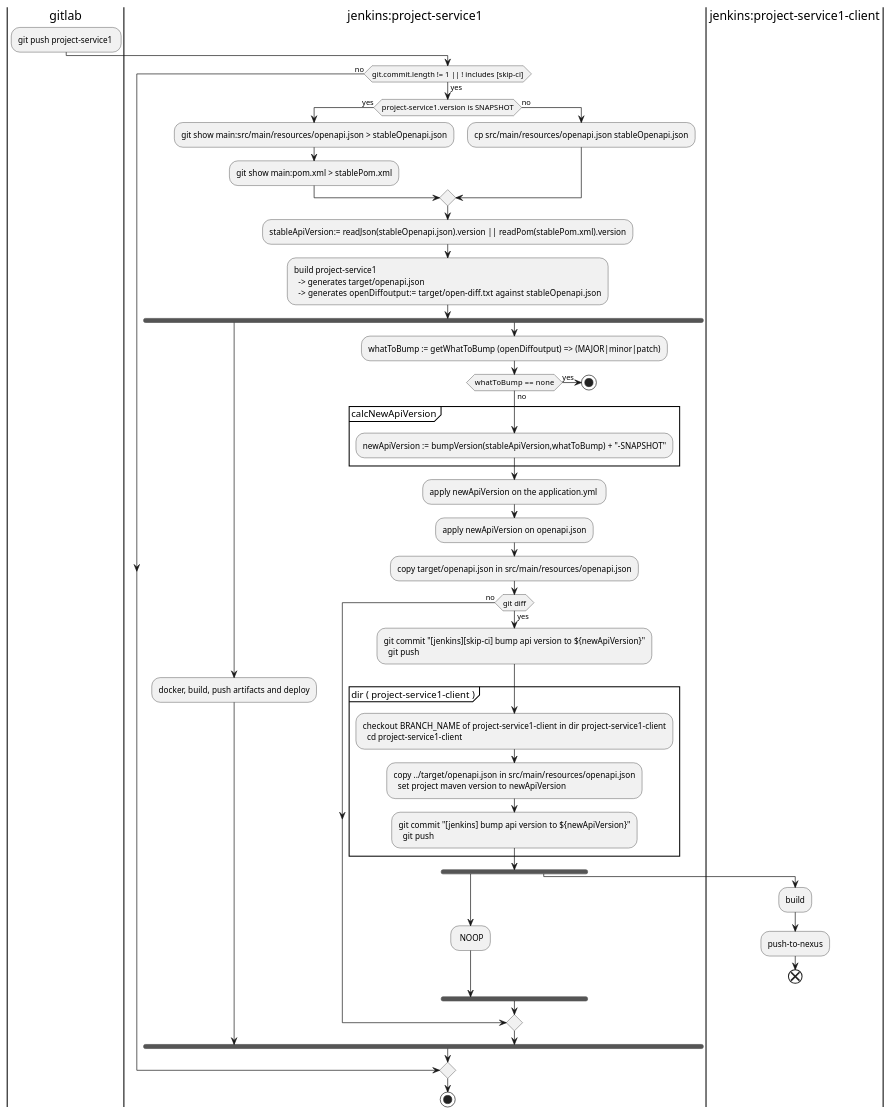
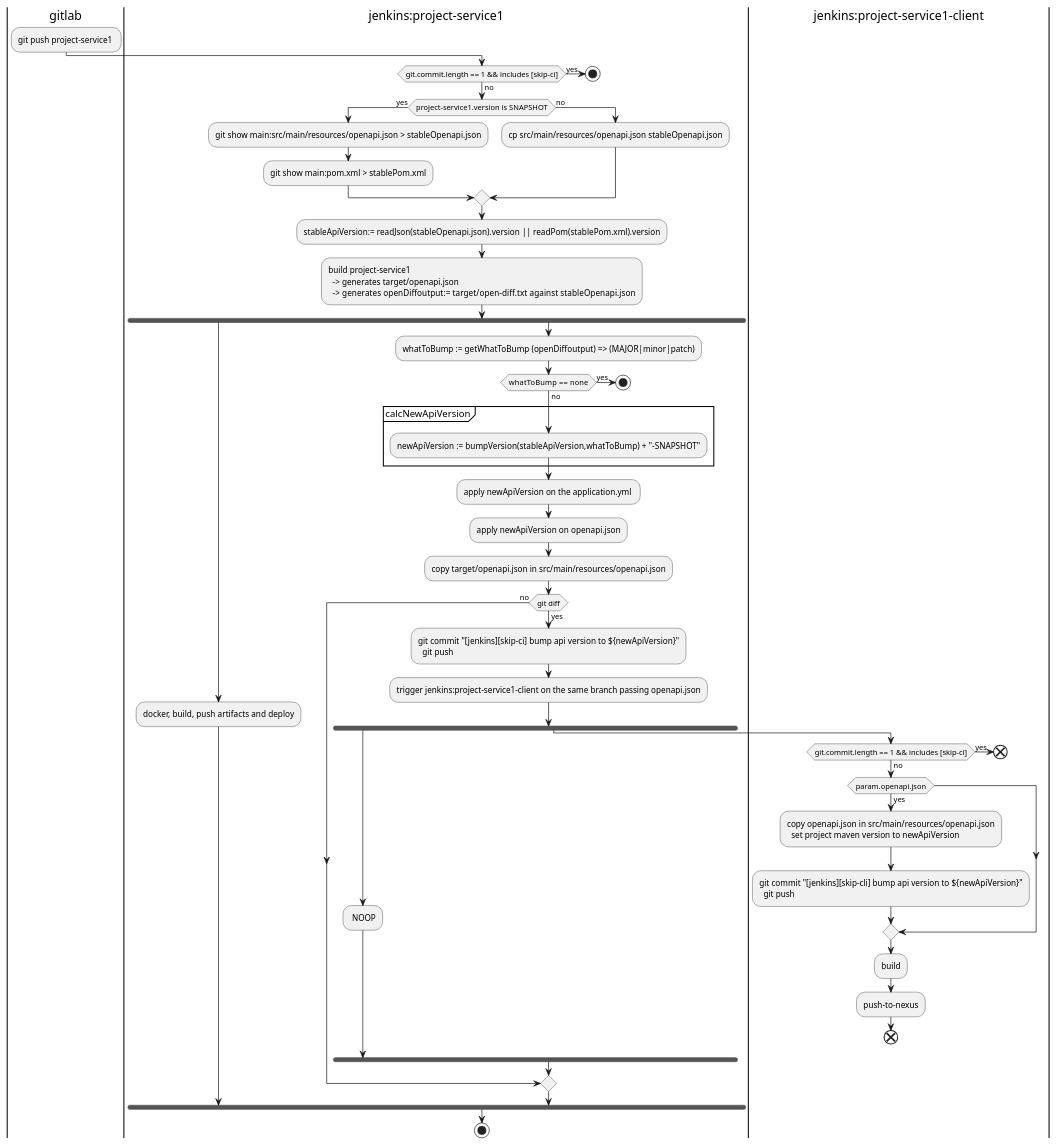
Before and after one commit to mauropanzeri/api-docs-automation: the diagram in demo-person-service/docs/client-generation-activity.puml, drawn with PlantUML.

Commit message:
parse openapi diff

```diff
--- a/demo-person-service/docs/client-generation-activity.puml
+++ b/demo-person-service/docs/client-generation-activity.puml
@@ -1,57 +1,61 @@
 @startuml "client generation"
 |gitlab|
   :git push project-service1 ;
 |jenkins:project-service1|
-  if(git.commit.length != 1 || ! includes [skip-ci]) then (yes)
+  if(git.commit.length == 1 && includes [skip-ci]) then (yes)
+    stop
+  else (no)
     if(project-service1.version is SNAPSHOT) then (yes)
       :git show main:src/main/resources/openapi.json > stableOpenapi.json;
       :git show main:pom.xml > stablePom.xml;
     else (no)
       :cp src/main/resources/openapi.json stableOpenapi.json;
     endif
     :stableApiVersion:= readJson(stableOpenapi.json).version || readPom(stablePom.xml).version;
     :build project-service1
       -> generates target/openapi.json 
       -> generates openDiffoutput:= target/open-diff.txt  against  stableOpenapi.json;
     fork
       :docker, build, push artifacts and deploy;
     fork again
       :whatToBump := getWhatToBump (openDiffoutput) => (MAJOR|minor|patch);
       if(whatToBump  == none) then (yes)
         stop
       else (no)
         partition calcNewApiVersion{
           :newApiVersion := bumpVersion(stableApiVersion,whatToBump) + "-SNAPSHOT";
         }
         :apply newApiVersion on the application.yml ;
         :apply newApiVersion on openapi.json;  
         :copy target/openapi.json in src/main/resources/openapi.json;
         if(git diff) then (yes) 
           :git commit "[jenkins][skip-ci] bump api version to ${newApiVersion}"
-            git push ;                    
-          partition dir ( project-service1-client ) {
-          :checkout BRANCH_NAME of project-service1-client in dir  project-service1-client 
-            cd project-service1-client;
-          :copy ../target/openapi.json in src/main/resources/openapi.json
-            set project maven version to newApiVersion;
-          :git commit "[jenkins] bump api version to ${newApiVersion}"
-            git push ;                    
-          }
+            git push ;    
+          :trigger jenkins:project-service1-client on the same branch passing openapi.json;
           fork
             |jenkins:project-service1|
             : NOOP;
           fork again
             |jenkins:project-service1-client|
-              :build;
-              :push-to-nexus;
+              if(git.commit.length == 1 && includes [skip-ci]) then (yes)
+                end
+              else (no)
+                if (param.openapi.json) then (yes)
+                  :copy openapi.json in src/main/resources/openapi.json
+                    set project maven version to newApiVersion;
+                  :git commit "[jenkins][skip-cli] bump api version to ${newApiVersion}"
+                    git push ;                    
+                endif
+                :build;
+                :push-to-nexus;
+              endif
               end
             |jenkins:project-service1|
           end fork
         else (no)
         endif
       endif
     end fork
-  else (no)
   endif
   stop
 @enduml
```
